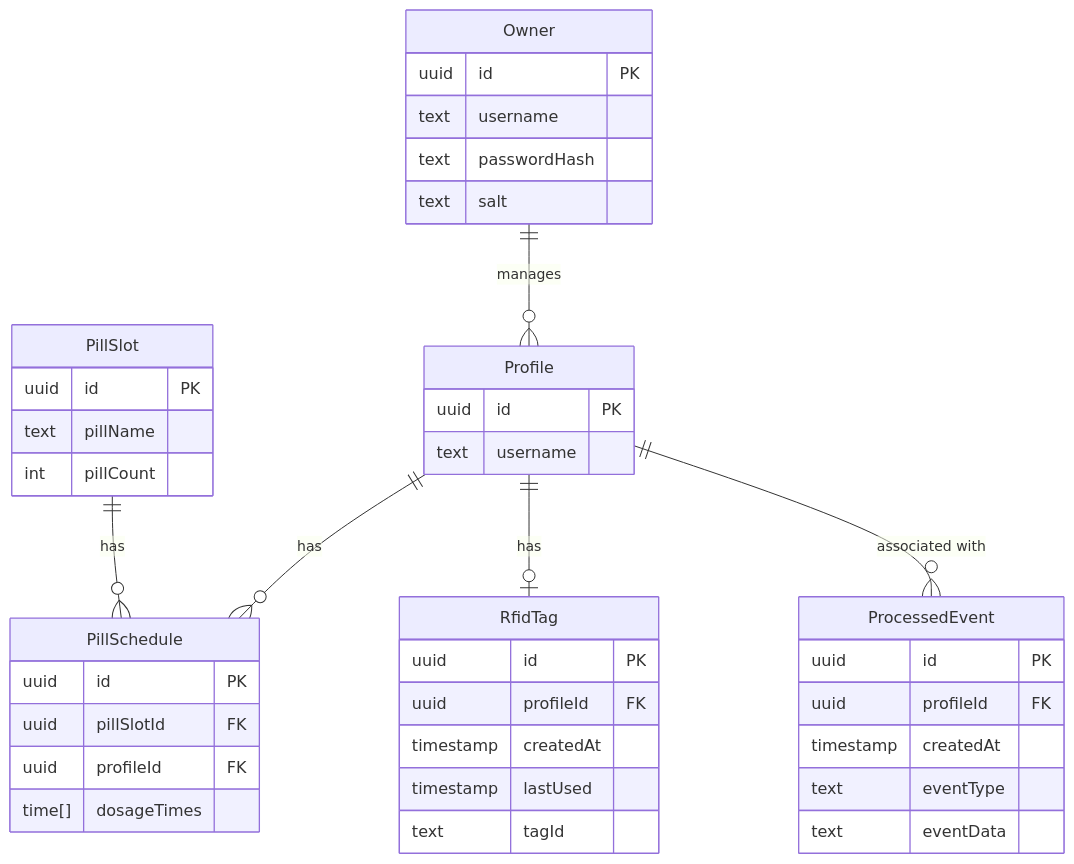
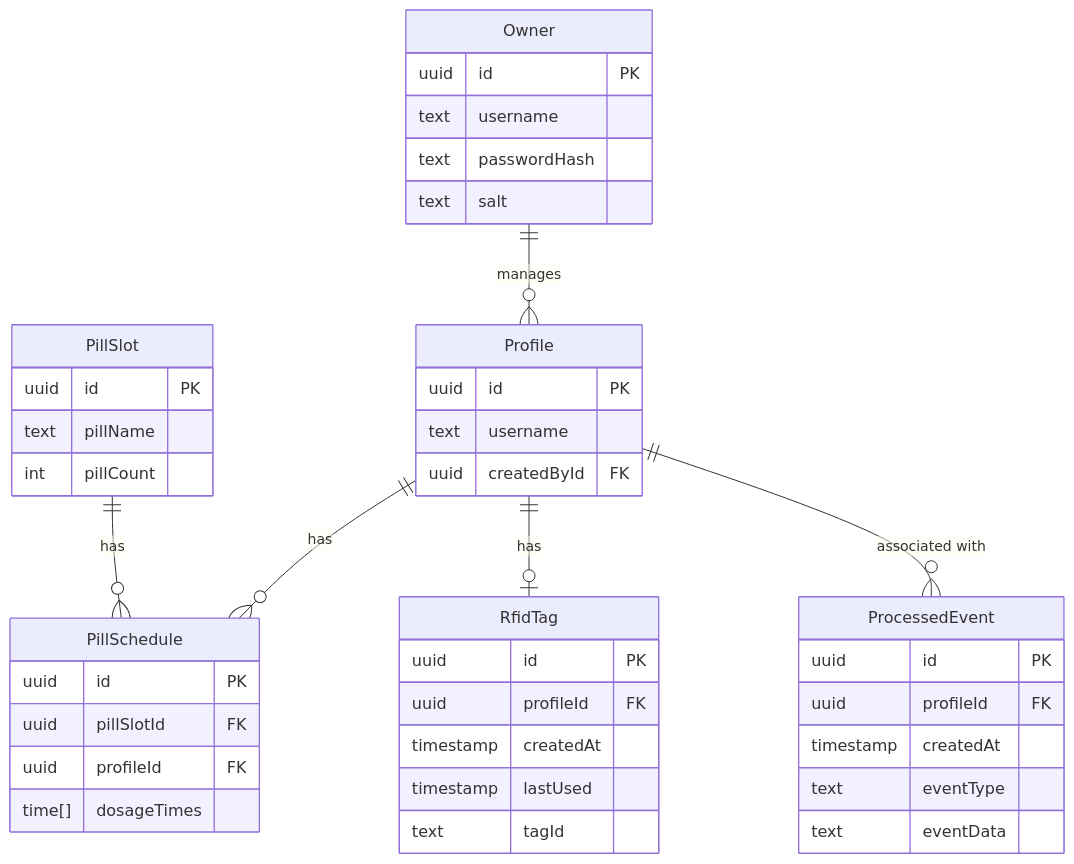
Before and after one commit to prenaissance/pbl_iot_team6: the diagram in diagrams/UML/entities.md, drawn with Mermaid.

Commit message:
docs: add missing FK to db diagram

````diff
--- a/diagrams/UML/entities.md
+++ b/diagrams/UML/entities.md
@@ -3,49 +3,50 @@
 ```mermaid
 erDiagram
     PillSlot {
         uuid id PK
         text pillName
         int pillCount
     }
 
     PillSchedule {
         uuid id PK
         uuid pillSlotId FK
         uuid profileId FK
         time[] dosageTimes
     }
 
     Owner {
         uuid id PK
         text username
         text passwordHash
         text salt
     }
 
     Profile {
         uuid id PK
         text username
+        uuid createdById FK
     }
 
     RfidTag {
         uuid id PK
         uuid profileId FK
         timestamp createdAt
         timestamp lastUsed
         text tagId
     }
 
     ProcessedEvent {
         uuid id PK
         uuid profileId FK
         timestamp createdAt
         text eventType
         text eventData
     }
 
     PillSlot ||--o{ PillSchedule : has
     Profile ||--o{ PillSchedule : has
     Profile ||--o| RfidTag : has
     Profile ||--o{ ProcessedEvent : "associated with"
     Owner ||--o{ Profile : manages
 ```
````
